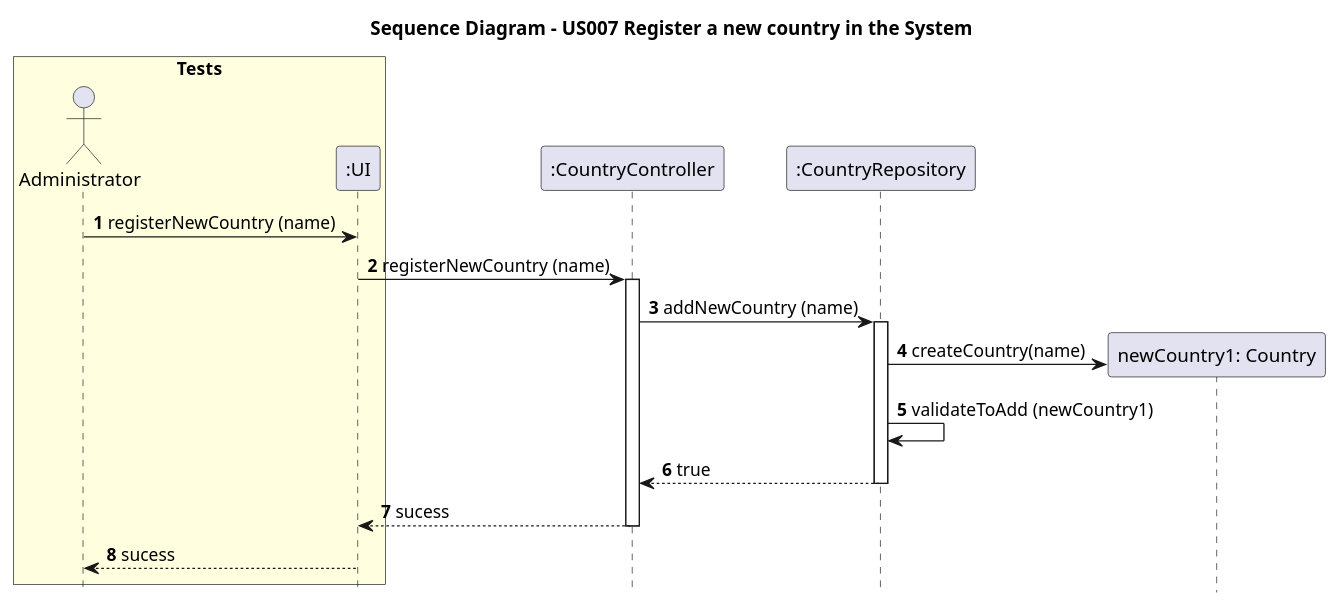
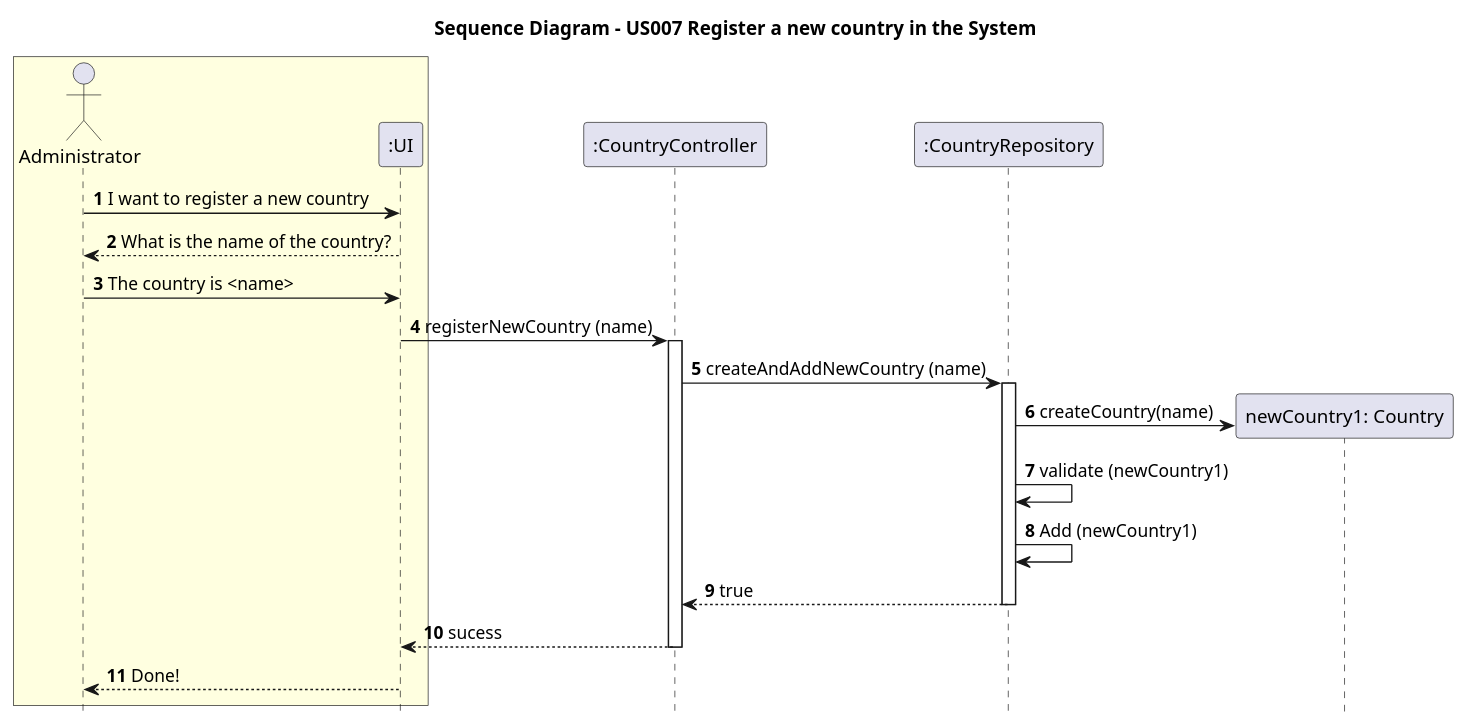
The diagram in Diagrams/SequenceDiagrams/N2/US007-to-register-a-new-country-in-the-system.puml (AndrePereiraGitH/SWitCH-Project-Team_A), drawn with PlantUML before and after one commit. The commit also changed 5 other files, not shown here.

```diff
--- a/Diagrams/SequenceDiagrams/N2/US007-to-register-a-new-country-in-the-system.puml
+++ b/Diagrams/SequenceDiagrams/N2/US007-to-register-a-new-country-in-the-system.puml
@@ -1,35 +1,39 @@
 @startuml
 
 footbox off
 
 title Sequence Diagram - US007 Register a new country in the System
 
-box "Tests" #LightYellow
+box #LightYellow
 actor Administrator
 participant ":UI" as UI
 end box
 
 participant ":CountryController" as CountryController
 participant ":CountryRepository" as AddressRepository
 
-Administrator -> UI : **1** registerNewCountry (name)
+Administrator -> UI : **1** I want to register a new country
+UI --> Administrator : **2** What is the name of the country?
 
-UI -> CountryController : **2** registerNewCountry (name)
+Administrator -> UI : **3** The country is <name>
+
+UI -> CountryController : **4** registerNewCountry (name)
 activate CountryController
 
-CountryController -> AddressRepository : **3** addNewCountry (name)
+CountryController -> AddressRepository : **5** createAndAddNewCountry (name)
 activate AddressRepository
 
 create "newCountry1: Country" as Country
-AddressRepository -> Country : **4** createCountry(name)
+AddressRepository -> Country : **6** createCountry(name)
 
-AddressRepository -> AddressRepository : **5** validateToAdd (newCountry1)
-AddressRepository --> CountryController : **6** true
+AddressRepository -> AddressRepository : **7** validate (newCountry1)
+AddressRepository -> AddressRepository : **8** Add (newCountry1)
+AddressRepository --> CountryController : **9** true
 deactivate AddressRepository
 
-CountryController --> UI : **7** sucess
+CountryController --> UI : **10** sucess
 deactivate CountryController
 
-UI --> Administrator : **8** sucess
+UI --> Administrator : **11** Done!
 
 @enduml
```
